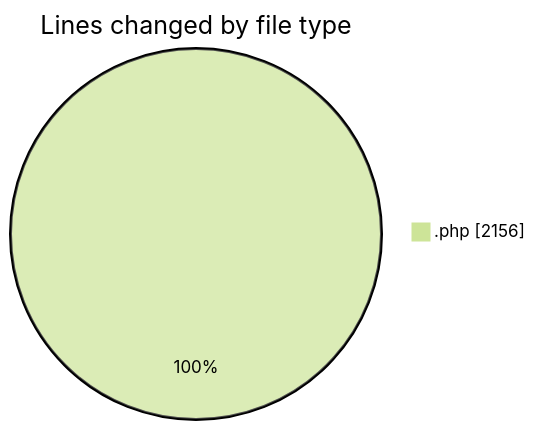
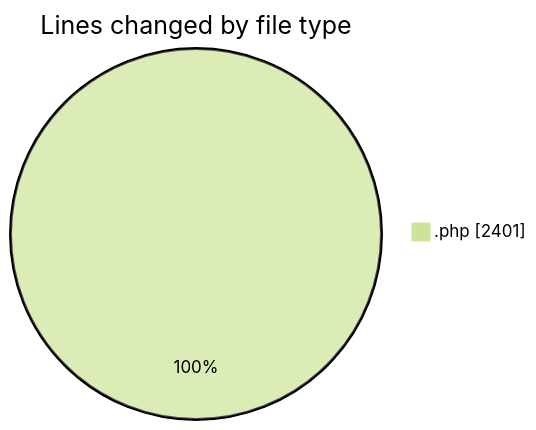
One commit to vahidmafi/code-tracking changed the first of 2 diagrams in 2025-08-26/shop/README.md. Above: the diagram before and after it, drawn with Mermaid (forest theme). The commit also changed other lines of this file and 1 other file, not shown here.

````diff
--- a/2025-08-26/shop/README.md
+++ b/2025-08-26/shop/README.md
@@ -21,5 +22,5 @@
 ```mermaid
 pie showData
 title Lines changed by file type
-".php" : 2156
+".php" : 2401
 ```
````
